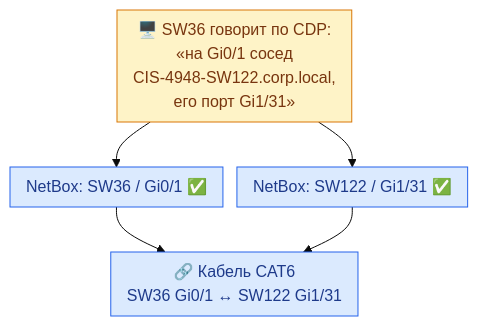
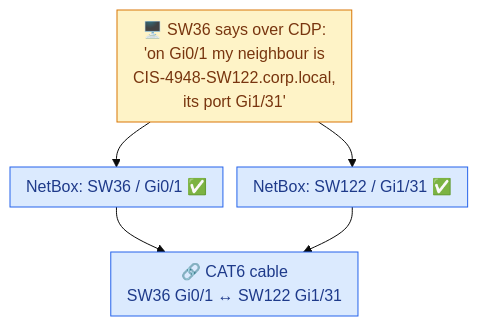
The fourth of 5 diagrams in docs/features/06b-netbox-cdp.md (Madly222/MCPforMonitoring), drawn with Mermaid (base theme) before and after one commit. The commit also changed other lines of this file and 37 other files, not shown here.

````diff
--- a/docs/features/06b-netbox-cdp.md
+++ b/docs/features/06b-netbox-cdp.md
@@ -94,12 +94,12 @@
 ```mermaid
 %%{init: {"flowchart": {"nodeSpacing": 14, "rankSpacing": 45, "curve": "basis", "padding": 8, "wrappingWidth": 260}}}%%
 flowchart TB
-    CLI["🖥️ SW36 говорит по CDP:<br/>«на Gi0/1 сосед<br/>CIS-4948-SW122.corp.local,<br/>его порт Gi1/31»"]:::auto
+    CLI["🖥️ SW36 says over CDP:<br/>'on Gi0/1 my neighbour is<br/>CIS-4948-SW122.corp.local,<br/>its port Gi1/31'"]:::auto
     CLI --> N1["NetBox: SW36 / Gi0/1 ✅"]:::nb
     CLI --> N2["NetBox: SW122 / Gi1/31 ✅"]:::nb
-    N1 --> CAB["🔗 Кабель CAT6<br/>SW36 Gi0/1 ↔ SW122 Gi1/31"]:::nb
+    N1 --> CAB["🔗 CAT6 cable<br/>SW36 Gi0/1 ↔ SW122 Gi1/31"]:::nb
     N2 --> CAB
 
     classDef auto fill:#fef3c7,stroke:#d97706,color:#78350f
     classDef nb   fill:#dbeafe,stroke:#2563eb,color:#1e3a8a
 ```
````
